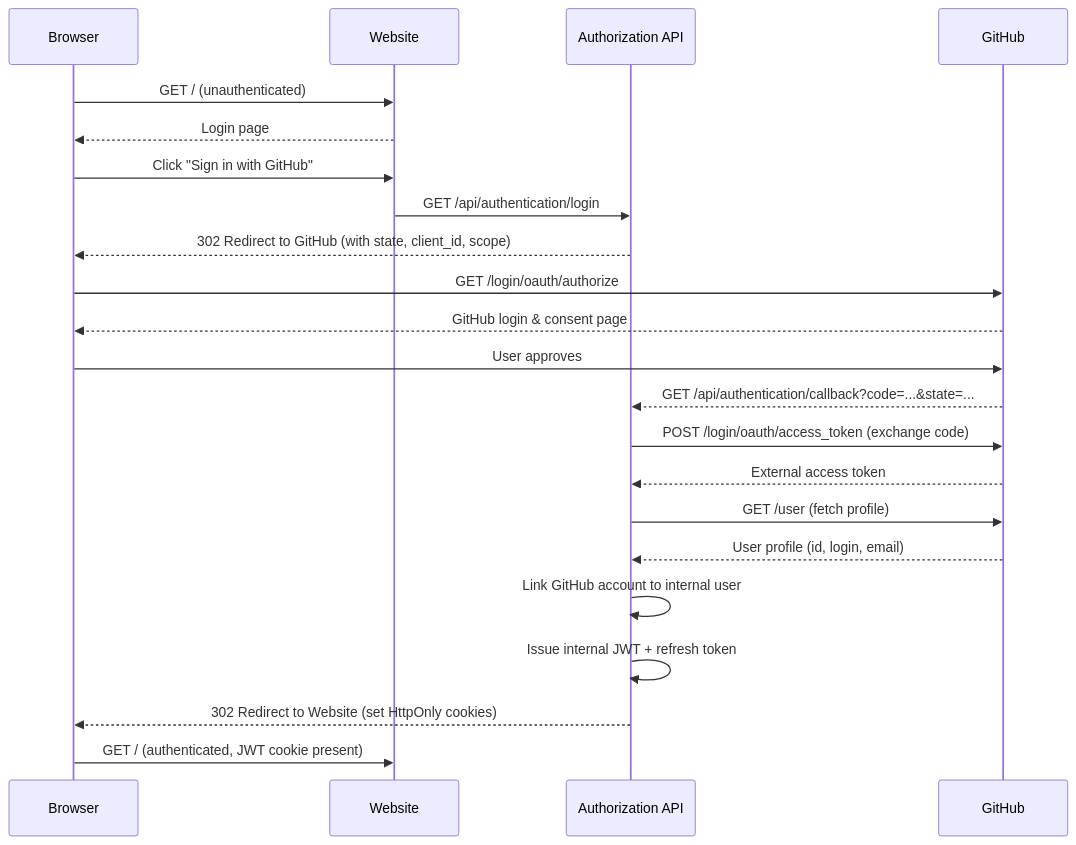
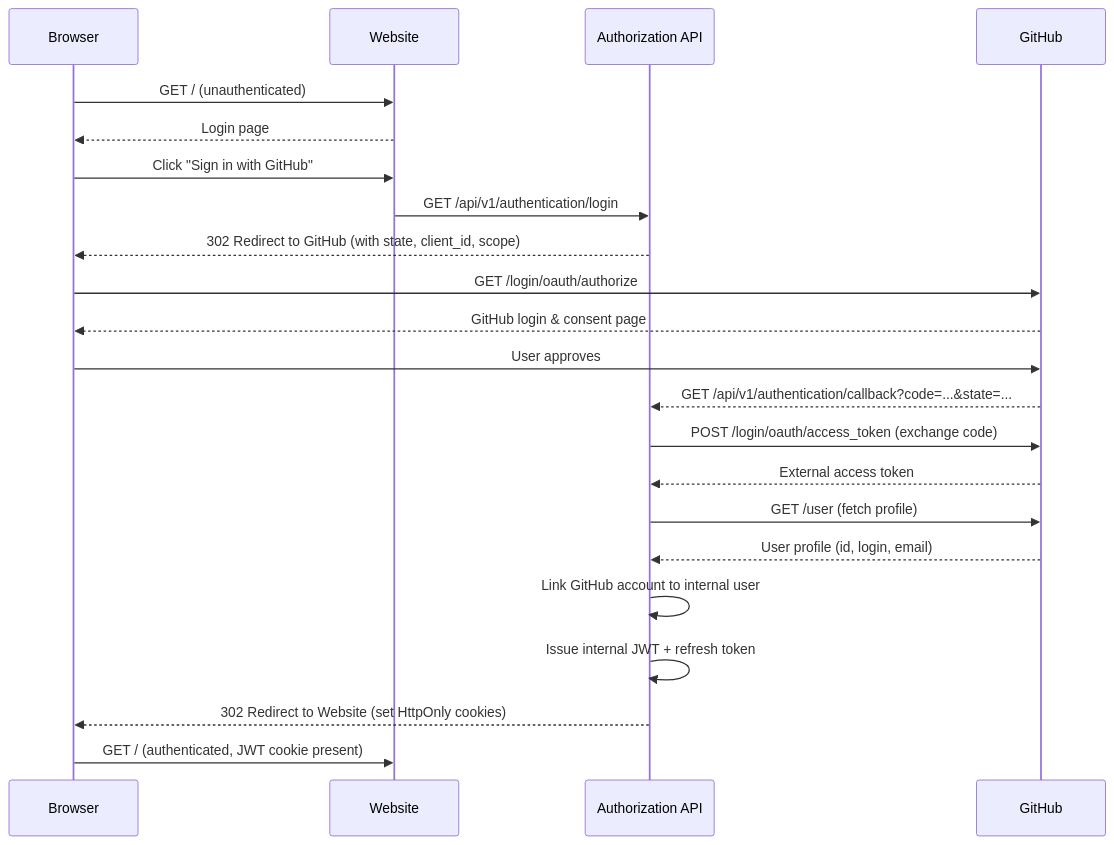
Before and after one commit to wouterfennis/TimeForCode: the first of 4 diagrams in docs/architecture/arc42/06-runtime-view.md, drawn with Mermaid. The commit also changed other lines of this file and 45 other files, not shown here.

````diff
--- a/docs/architecture/arc42/06-runtime-view.md
+++ b/docs/architecture/arc42/06-runtime-view.md
@@ -13,25 +13,25 @@
 ```mermaid
 sequenceDiagram
     participant Browser
     participant Website
     participant AuthAPI as Authorization API
     participant GitHub
 
     Browser->>Website: GET / (unauthenticated)
     Website-->>Browser: Login page
     Browser->>Website: Click "Sign in with GitHub"
-    Website->>AuthAPI: GET /api/authentication/login
+    Website->>AuthAPI: GET /api/v1/authentication/login
     AuthAPI-->>Browser: 302 Redirect to GitHub (with state, client_id, scope)
     Browser->>GitHub: GET /login/oauth/authorize
     GitHub-->>Browser: GitHub login & consent page
     Browser->>GitHub: User approves
-    GitHub-->>AuthAPI: GET /api/authentication/callback?code=...&state=...
+    GitHub-->>AuthAPI: GET /api/v1/authentication/callback?code=...&state=...
     AuthAPI->>GitHub: POST /login/oauth/access_token (exchange code)
     GitHub-->>AuthAPI: External access token
     AuthAPI->>GitHub: GET /user (fetch profile)
     GitHub-->>AuthAPI: User profile (id, login, email)
     AuthAPI->>AuthAPI: Link GitHub account to internal user
     AuthAPI->>AuthAPI: Issue internal JWT + refresh token
     AuthAPI-->>Browser: 302 Redirect to Website (set HttpOnly cookies)
     Browser->>Website: GET / (authenticated, JWT cookie present)
 ```
````
